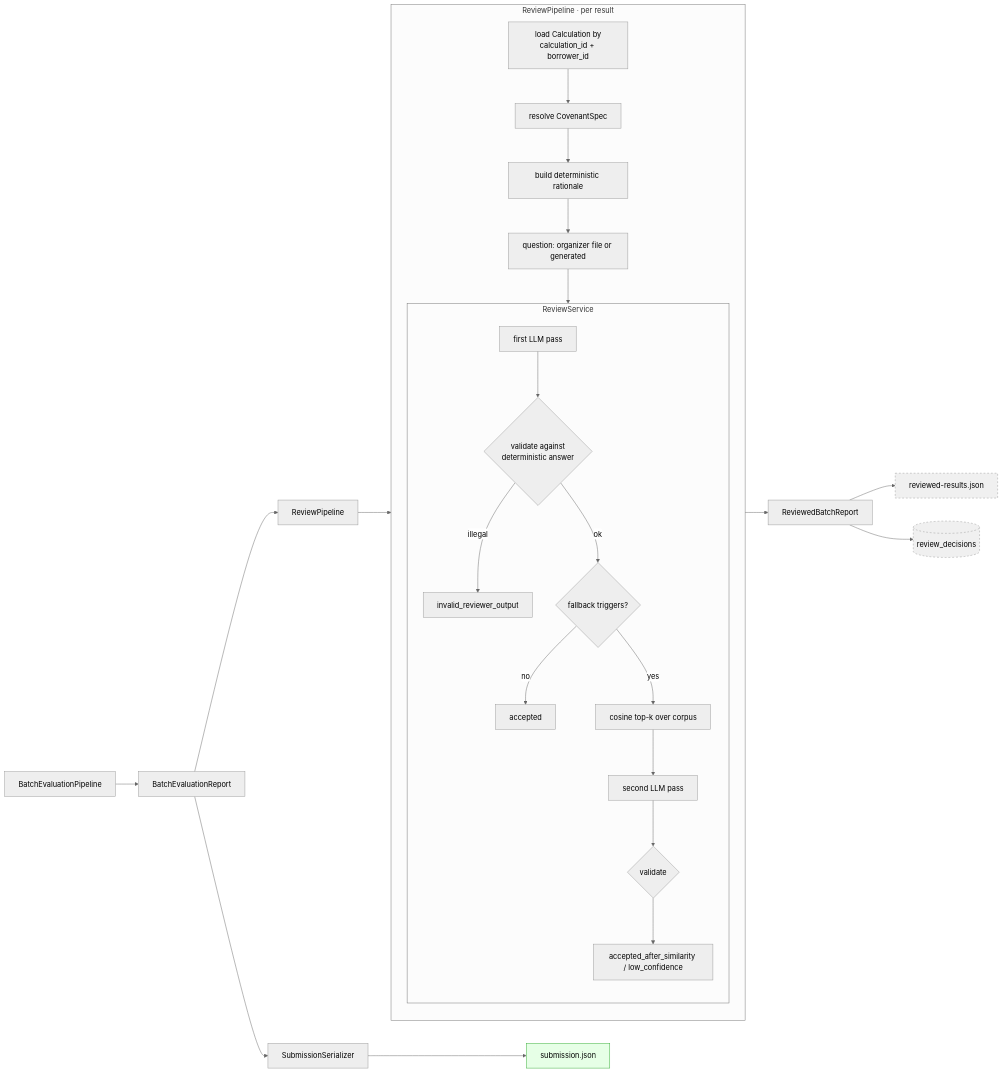
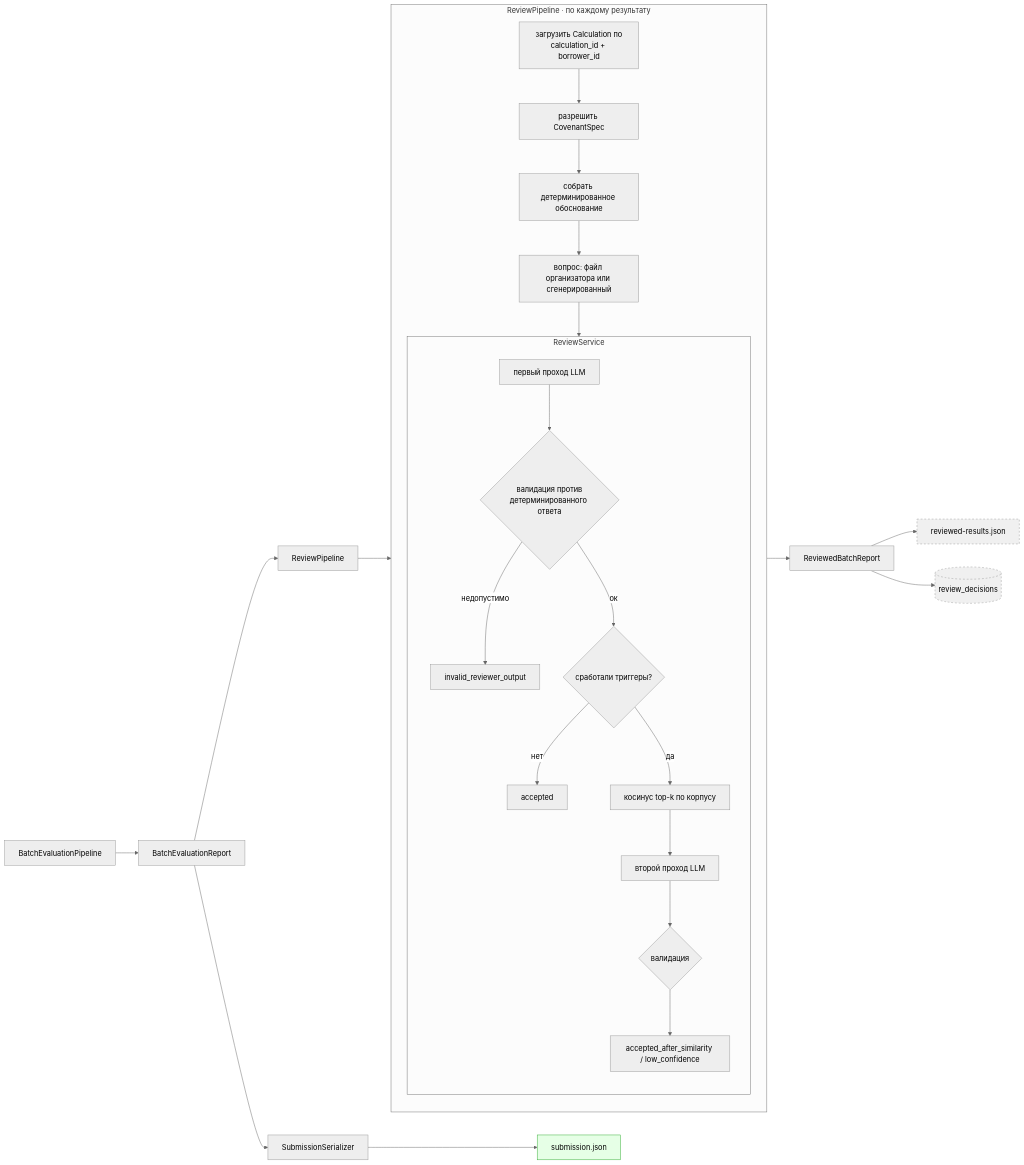
The diagram in docs/architecture-v3/05_CODEX_2_ARCHITECTURE.md (Alexloroo/Halyk_ai_challenge), drawn with Mermaid (neutral theme) before and after one commit. The commit also changed other lines of this file and 6 other files, not shown here.

First line of the commit message:
docs: translate architecture research track to Russian

````diff
--- a/docs/architecture-v3/05_CODEX_2_ARCHITECTURE.md
+++ b/docs/architecture-v3/05_CODEX_2_ARCHITECTURE.md
@@ -42,33 +42,33 @@
 ```mermaid
 flowchart LR
     EV[BatchEvaluationPipeline] --> BR[BatchEvaluationReport]
     BR --> RP[ReviewPipeline]
     BR --> SER[SubmissionSerializer]
     SER --> SUB[submission.json]
 
-    subgraph RP2["ReviewPipeline · per result"]
+    subgraph RP2["ReviewPipeline · по каждому результату"]
         direction TB
-        L1[load Calculation by<br/>calculation_id + borrower_id] --> L2[resolve CovenantSpec]
-        L2 --> L3[build deterministic rationale]
-        L3 --> L4[question: organizer file or generated]
+        L1[загрузить Calculation по<br/>calculation_id + borrower_id] --> L2[разрешить CovenantSpec]
+        L2 --> L3[собрать детерминированное обоснование]
+        L3 --> L4[вопрос: файл организатора или сгенерированный]
         L4 --> RS
     end
     RP --> RP2
     subgraph RS["ReviewService"]
         direction TB
-        P1[first LLM pass] --> VD1{validate against<br/>deterministic answer}
-        VD1 -->|illegal| INV[invalid_reviewer_output]
-        VD1 -->|ok| FB{fallback triggers?}
-        FB -->|no| ACC[accepted]
-        FB -->|yes| SIM[cosine top-k over corpus]
-        SIM --> P2[second LLM pass] --> VD2{validate}
+        P1[первый проход LLM] --> VD1{валидация против<br/>детерминированного ответа}
+        VD1 -->|недопустимо| INV[invalid_reviewer_output]
+        VD1 -->|ок| FB{сработали триггеры?}
+        FB -->|нет| ACC[accepted]
+        FB -->|да| SIM[косинус top-k по корпусу]
+        SIM --> P2[второй проход LLM] --> VD2{валидация}
         VD2 --> ACC2[accepted_after_similarity / low_confidence]
     end
     RS --> RR[ReviewedBatchReport]
     RR --> RJ[reviewed-results.json]
     RR --> RD[(review_decisions)]
 
     style SUB fill:#e6ffe6,stroke:#3a3
     style RJ fill:#f0f0f0,stroke:#999,stroke-dasharray: 4 4
     style RD fill:#f0f0f0,stroke:#999,stroke-dasharray: 4 4
 ```
````
